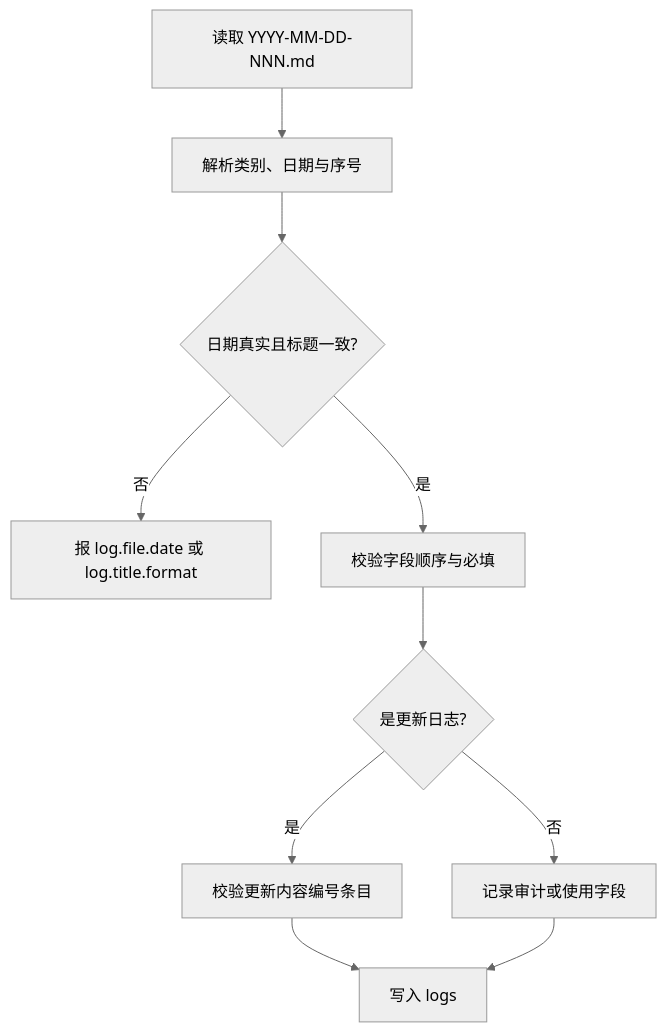
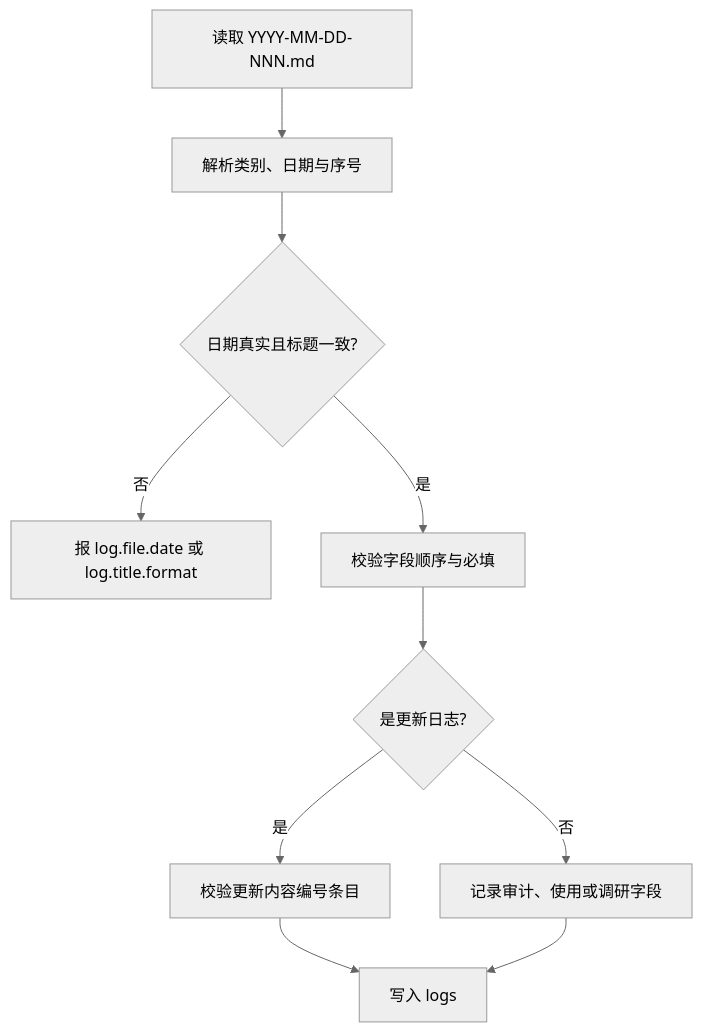
Before and after one commit to Cangjier/coder: the second of 2 diagrams in .coder/design/module-0004.md, drawn with Mermaid (neutral theme). The commit also changed other lines of this file and 13 other files, not shown here.

````diff
--- a/.coder/design/module-0004.md
+++ b/.coder/design/module-0004.md
@@ -26,12 +26,12 @@
 ```mermaid
 flowchart TD
   A[读取 YYYY-MM-DD-NNN.md] --> B[解析类别、日期与序号]
   B --> C{日期真实且标题一致?}
   C -- 否 --> D[报 log.file.date 或 log.title.format]
   C -- 是 --> E[校验字段顺序与必填]
   E --> F{是更新日志?}
   F -- 是 --> G[校验更新内容编号条目]
-  F -- 否 --> H[记录审计或使用字段]
+  F -- 否 --> H[记录审计、使用或调研字段]
   G --> I[写入 logs]
   H --> I
 ```
````
